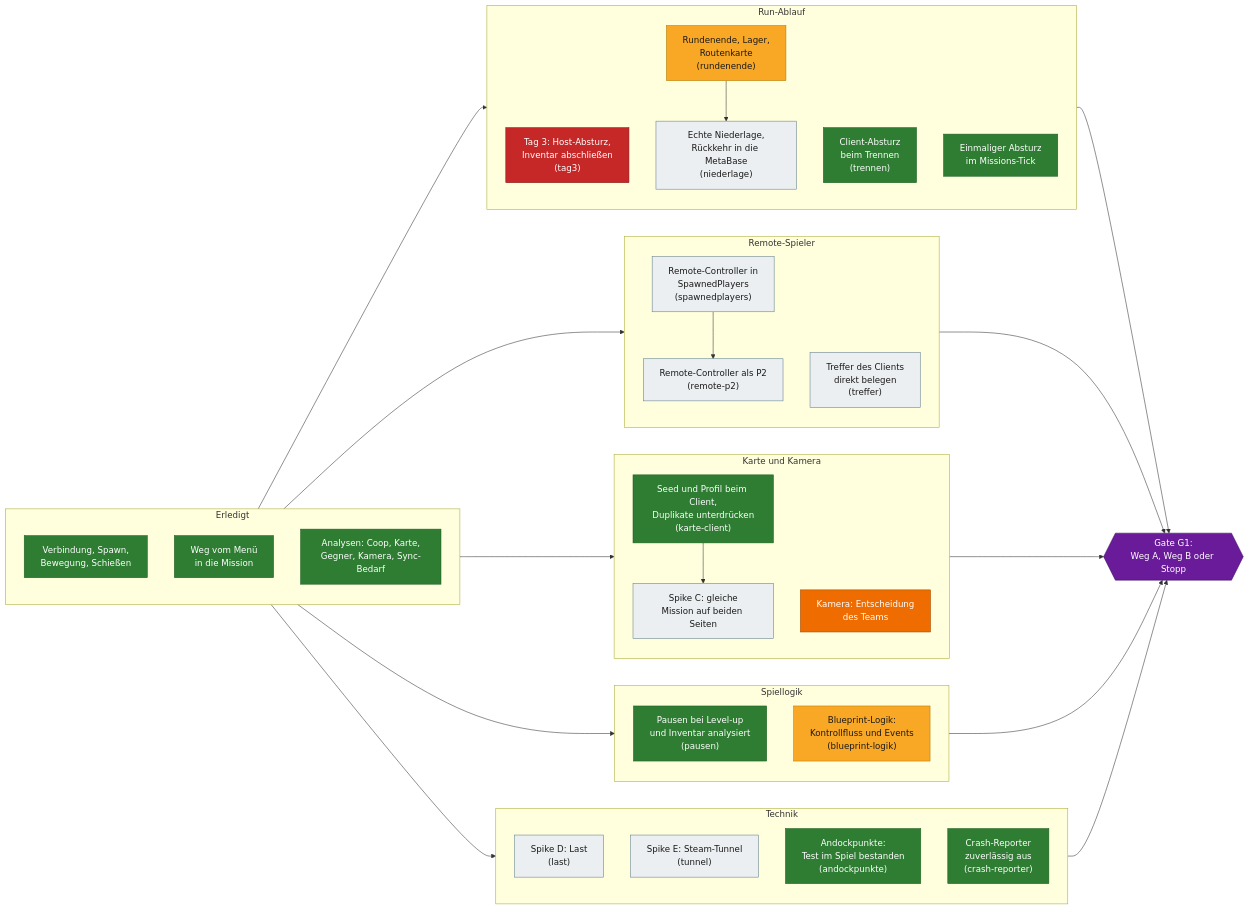
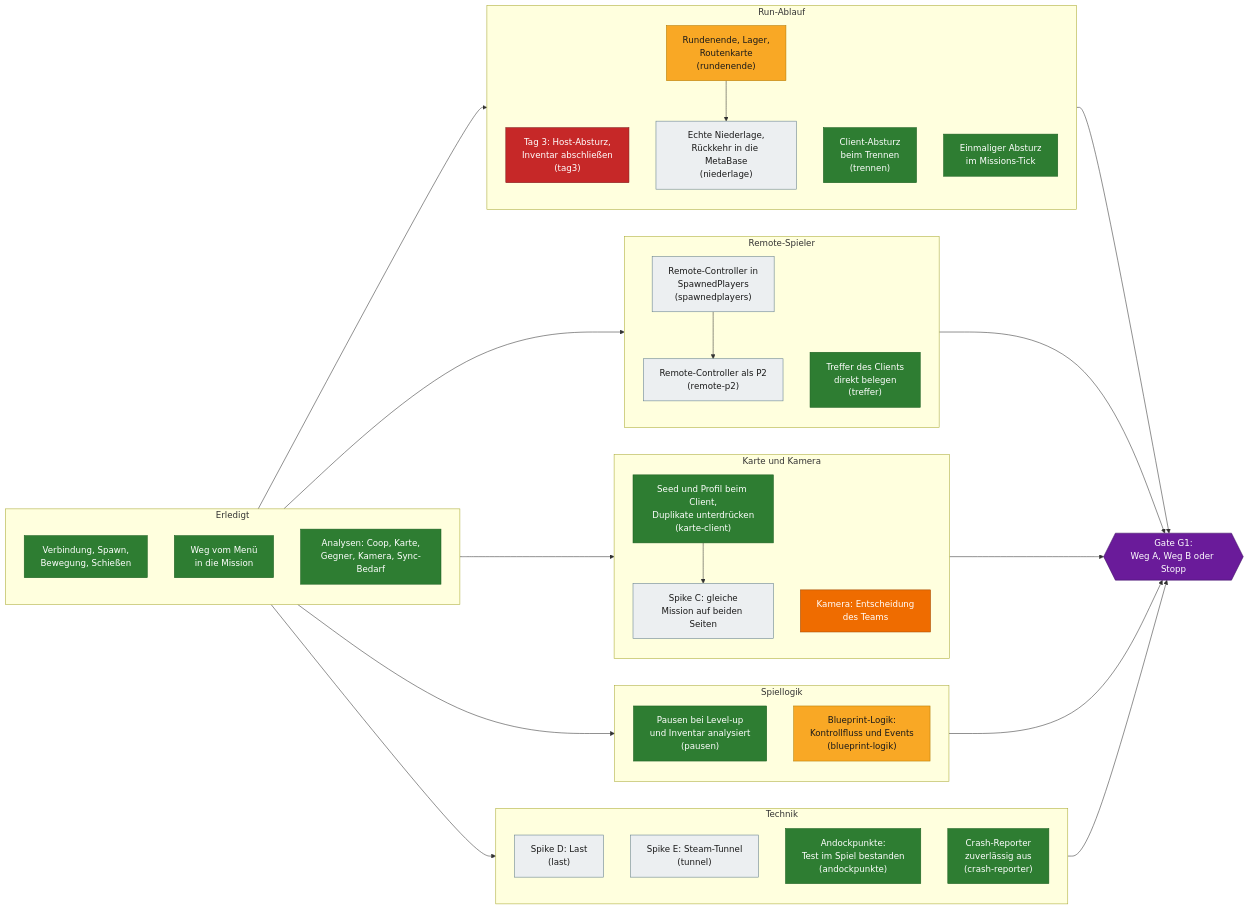
The second of 4 diagrams in docs/ROADMAP.md (VitaminStack/Deadly-Days-Roadtrip-Multiplayer-Mod), drawn with Mermaid before and after one commit. The commit also changed 8 other files, not shown here.

First line of the commit message:
treffer: Treffer des Clients beim Host direkt belegt (#41)

````diff
--- a/docs/ROADMAP.md
+++ b/docs/ROADMAP.md
@@ -71,64 +71,64 @@
 ```mermaid
 flowchart LR
     subgraph BASIS["Erledigt"]
         A1["Verbindung, Spawn,<br/>Bewegung, Schießen"]:::done
         A2["Weg vom Menü<br/>in die Mission"]:::done
         A3["Analysen: Coop, Karte,<br/>Gegner, Kamera, Sync-Bedarf"]:::done
     end
 
     subgraph RUN["Run-Ablauf"]
         T3["Tag 3: Host-Absturz,<br/>Inventar abschließen<br/>(tag3)"]:::blocker
         RE["Rundenende, Lager,<br/>Routenkarte<br/>(rundenende)"]:::wip
         NI["Echte Niederlage,<br/>Rückkehr in die MetaBase<br/>(niederlage)"]:::open
         TR["Client-Absturz<br/>beim Trennen<br/>(trennen)"]:::done
         MT["Einmaliger Absturz<br/>im Missions-Tick"]:::done
         RE --> NI
     end
 
     subgraph SPIELER["Remote-Spieler"]
         SP["Remote-Controller in<br/>SpawnedPlayers<br/>(spawnedplayers)"]:::open
         RP["Remote-Controller als P2<br/>(remote-p2)"]:::open
-        TF["Treffer des Clients<br/>direkt belegen<br/>(treffer)"]:::open
+        TF["Treffer des Clients<br/>direkt belegen<br/>(treffer)"]:::done
         SP --> RP
     end
 
     subgraph WELT["Karte und Kamera"]
         KC["Seed und Profil beim Client,<br/>Duplikate unterdrücken<br/>(karte-client)"]:::done
         SC["Spike C: gleiche<br/>Mission auf beiden Seiten"]:::open
         KE["Kamera: Entscheidung<br/>des Teams"]:::decision
         KC --> SC
     end
 
     subgraph LOGIK["Spiellogik"]
         PA["Pausen bei Level-up<br/>und Inventar analysiert<br/>(pausen)"]:::done
         BP["Blueprint-Logik:<br/>Kontrollfluss und Events<br/>(blueprint-logik)"]:::wip
     end
 
     subgraph TECHNIK["Technik"]
         LA["Spike D: Last<br/>(last)"]:::open
         TU["Spike E: Steam-Tunnel<br/>(tunnel)"]:::open
         AP["Andockpunkte:<br/>Test im Spiel bestanden<br/>(andockpunkte)"]:::done
         CR["Crash-Reporter<br/>zuverlässig aus<br/>(crash-reporter)"]:::done
     end
 
     BASIS --> RUN
     BASIS --> SPIELER
     BASIS --> WELT
     BASIS --> LOGIK
     BASIS --> TECHNIK
 
     RUN --> G1
     SPIELER --> G1
     WELT --> G1
     LOGIK --> G1
     TECHNIK --> G1
 
     G1{{"Gate G1:<br/>Weg A, Weg B oder Stopp"}}:::gate
 
     classDef done fill:#2e7d32,stroke:#1b5e20,color:#ffffff
     classDef wip fill:#f9a825,stroke:#b27a00,color:#1a1a1a
     classDef open fill:#eceff1,stroke:#607d8b,color:#1a1a1a
     classDef blocker fill:#c62828,stroke:#7f1d1d,color:#ffffff
     classDef decision fill:#ef6c00,stroke:#a34800,color:#ffffff
     classDef gate fill:#6a1b9a,stroke:#3e1163,color:#ffffff
 ```
````
